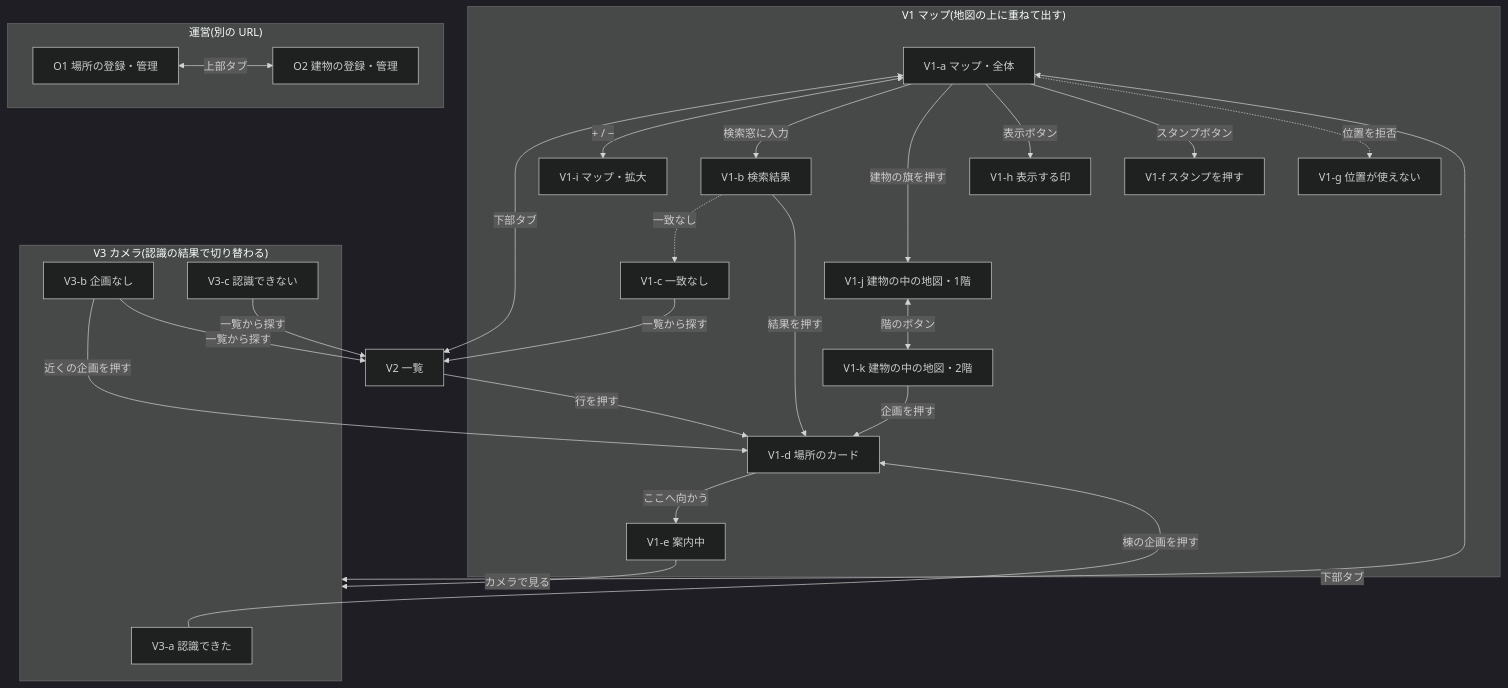
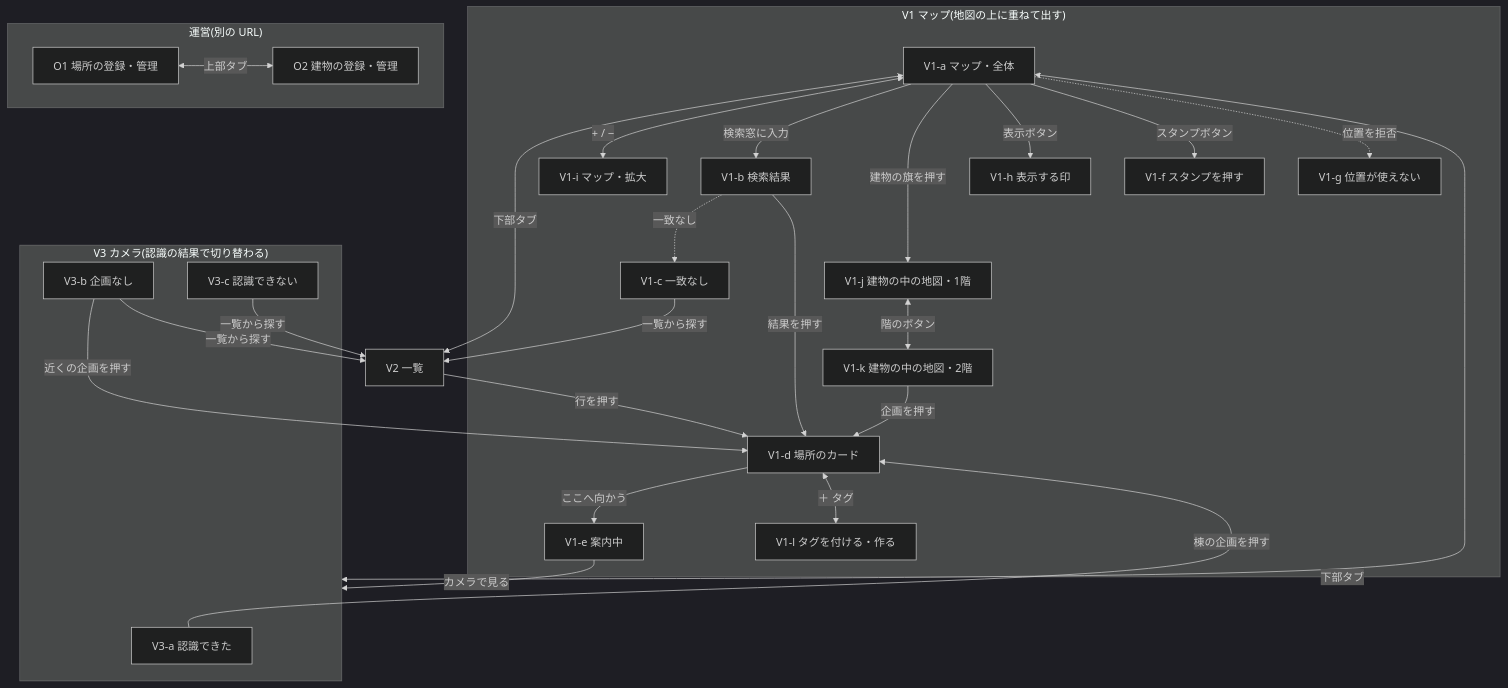
One commit to NUTFes/NUTfes-46th-hackathon-NAsVI changed the diagram in doc/screen-design/screen-selection.md. Above: the diagram before and after it, drawn with Mermaid (dark theme). The commit also changed other lines of this file and 25 other files, not shown here.

````diff
--- a/doc/screen-design/screen-selection.md
+++ b/doc/screen-design/screen-selection.md
@@ -74,48 +78,50 @@
 ```mermaid
 flowchart TB
   subgraph V1["V1 マップ(地図の上に重ねて出す)"]
     A["V1-a マップ・全体"]
     I["V1-i マップ・拡大"]
     B["V1-b 検索結果"]
     C["V1-c 一致なし"]
     D["V1-d 場所のカード"]
     E["V1-e 案内中"]
     F["V1-f スタンプを押す"]
     G["V1-g 位置が使えない"]
     H["V1-h 表示する印"]
     J["V1-j 建物の中の地図・1階"]
     K["V1-k 建物の中の地図・2階"]
+    T["V1-l タグを付ける・作る"]
   end
   subgraph V3["V3 カメラ(認識の結果で切り替わる)"]
     Va["V3-a 認識できた"]
     Vb["V3-b 企画なし"]
     Vc["V3-c 認識できない"]
   end
   L["V2 一覧"]
   subgraph OP["運営(別の URL)"]
     O1["O1 場所の登録・管理"]
     O2["O2 建物の登録・管理"]
   end
 
   A <-->|"下部タブ"| L
   A <-->|"下部タブ"| V3
   A <-->|"+ / −"| I
   A -->|"検索窓に入力"| B
   B -.->|"一致なし"| C
   B -->|"結果を押す"| D
   C -->|"一覧から探す"| L
   A -->|"建物の旗を押す"| J
   J <-->|"階のボタン"| K
   K -->|"企画を押す"| D
   A -->|"表示ボタン"| H
   A -->|"スタンプボタン"| F
   A -.->|"位置を拒否"| G
   D -->|"ここへ向かう"| E
+  D <-->|"＋ タグ"| T
   E -->|"カメラで見る"| V3
   L -->|"行を押す"| D
   Va -->|"棟の企画を押す"| D
   Vb -->|"近くの企画を押す"| D
   Vb -->|"一覧から探す"| L
   Vc -->|"一覧から探す"| L
   O1 <-->|"上部タブ"| O2
 ```
````
